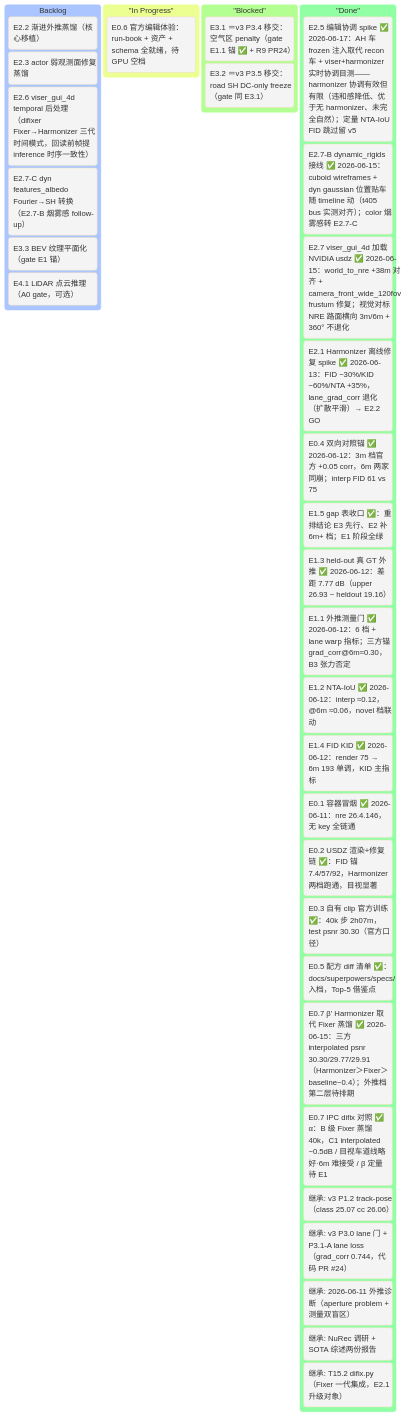
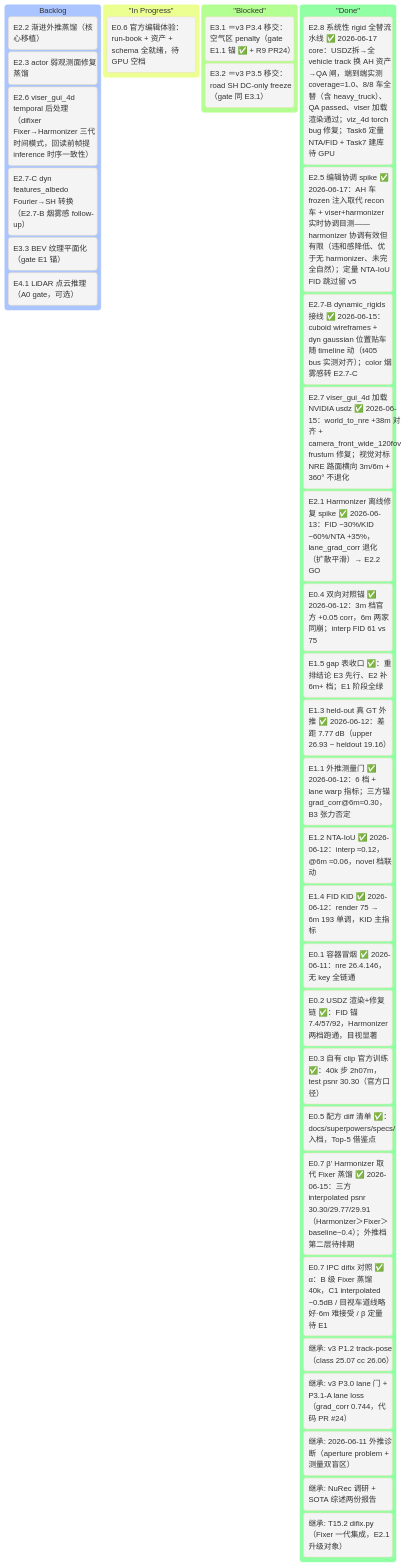
The first of 2 diagrams in v4_plan.md (etendue/3dgrut), drawn with Mermaid before and after one commit. The commit also changed other lines of this file and 1 other file, not shown here.

First line of the commit message:
docs(plan): mark E2.8 core done — systematic rigid replacement pipeline (Tasks 0-5)

````diff
--- a/v4_plan.md
+++ b/v4_plan.md
@@ -67,41 +67,42 @@
 ```mermaid
 %%{init: {'theme':'base'}}%%
 kanban
     Backlog
         [E2.2 渐进外推蒸馏（核心移植）]
         [E2.3 actor 弱观测面修复蒸馏]
         [E2.6 viser_gui_4d temporal 后处理（difixer Fixer→Harmonizer 三代时间模式，回读前帧提 inference 时序一致性）]
         [E2.7-C dyn features_albedo Fourier→SH 转换（E2.7-B 烟雾感 follow-up）]
         [E3.3 BEV 纹理平面化（gate E1 锚）]
         [E4.1 LiDAR 点云推理（A0 gate，可选）]
 
     "In Progress"
         [E0.6 官方编辑体验：run-book + 资产 + schema 全就绪，待 GPU 空档]
 
     "Blocked"
         [E3.1 ＝v3 P3.4 移交：空气区 penalty（gate E1.1 锚 ✅ + R9 PR24）]
         [E3.2 ＝v3 P3.5 移交：road SH DC-only freeze（gate 同 E3.1）]
 
     "Done"
+        [E2.8 系统性 rigid 全替流水线 ✅ 2026-06-17 core：USDZ拆→全 vehicle track 换 AH 资产→QA 闸，端到端实测 coverage=1.0、8/8 车全替（含 heavy_truck）、QA passed、viser 加载渲染通过；viz_4d torch bug 修复；Task6 定量NTA/FID + Task7 建库待 GPU]
         [E2.5 编辑协调 spike ✅ 2026-06-17：AH 车 frozen 注入取代 recon 车 + viser+harmonizer 实时协调目测——harmonizer 协调有效但有限（违和感降低、优于无 harmonizer、未完全自然）；定量 NTA-IoU FID 跳过留 v5]
         [E2.7-B dynamic_rigids 接线 ✅ 2026-06-15：cuboid wireframes + dyn gaussian 位置贴车随 timeline 动（t405 bus 实测对齐）；color 烟雾感转 E2.7-C]
         [E2.7 viser_gui_4d 加载 NVIDIA usdz ✅ 2026-06-15：world_to_nre +38m 对齐 + camera_front_wide_120fov frustum 修复；视觉对标 NRE 路面横向 3m/6m + 360° 不退化]
         [E2.1 Harmonizer 离线修复 spike ✅ 2026-06-13：FID −30%/KID −60%/NTA +35%，lane_grad_corr 退化（扩散平滑）→ E2.2 GO]
         [E0.4 双向对照锚 ✅ 2026-06-12：3m 档官方 +0.05 corr，6m 两家同崩；interp FID 61 vs 75]
         [E1.5 gap 表收口 ✅：重排结论 E3 先行、E2 补 6m+ 档；E1 阶段全绿]
         [E1.3 held-out 真 GT 外推 ✅ 2026-06-12：差距 7.77 dB（upper 26.93 − heldout 19.16）]
         [E1.1 外推测量门 ✅ 2026-06-12：6 档 + lane warp 指标；三方锚 grad_corr@6m≈0.30，B3 张力否定]
         [E1.2 NTA-IoU ✅ 2026-06-12：interp ≈0.12，@6m ≈0.06，novel 档联动]
         [E1.4 FID KID ✅ 2026-06-12：render 75 → 6m 193 单调，KID 主指标]
         [E0.1 容器冒烟 ✅ 2026-06-11：nre 26.4.146，无 key 全链通]
         [E0.2 USDZ 渲染+修复链 ✅：FID 锚 7.4/57/92，Harmonizer 两档跑通，目视显著]
         [E0.3 自有 clip 官方训练 ✅：40k 步 2h07m，test psnr 30.30（官方口径）]
         [E0.5 配方 diff 清单 ✅：docs/superpowers/specs/ 入档，Top-5 借鉴点]
         [E0.7 β' Harmonizer 取代 Fixer 蒸馏 ✅ 2026-06-15：三方 interpolated psnr 30.30/29.77/29.91（Harmonizer＞Fixer＞baseline−0.4）；外推档第二层待排期]
         [E0.7 IPC difix 对照 ✅ α：B 级 Fixer 蒸馏 40k，C1 interpolated −0.5dB / 目视车道线略好·6m 难接受 / β 定量待 E1]
         [继承: v3 P1.2 track-pose（class 25.07 cc 26.06）]
         [继承: v3 P3.0 lane 门 + P3.1-A lane loss（grad_corr 0.744，代码 PR #24）]
         [继承: 2026-06-11 外推诊断（aperture problem + 测量双盲区）]
         [继承: NuRec 调研 + SOTA 综述两份报告]
         [继承: T15.2 difix.py（Fixer 一代集成，E2.1 升级对象）]
 ```
````
